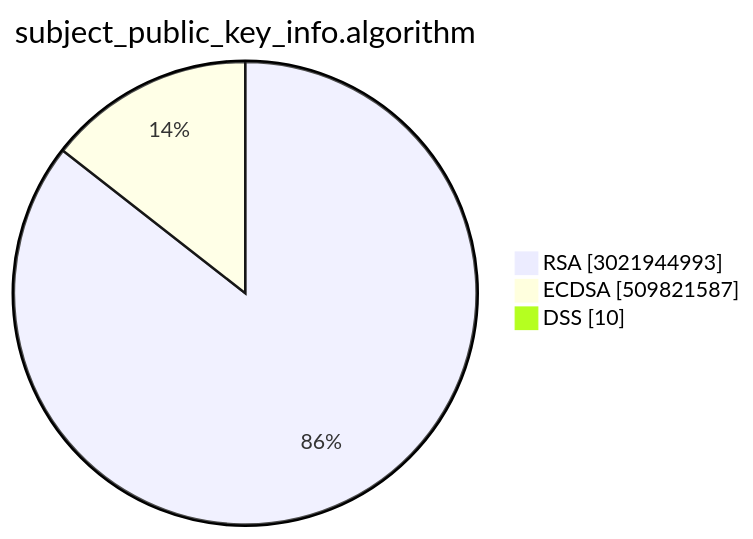
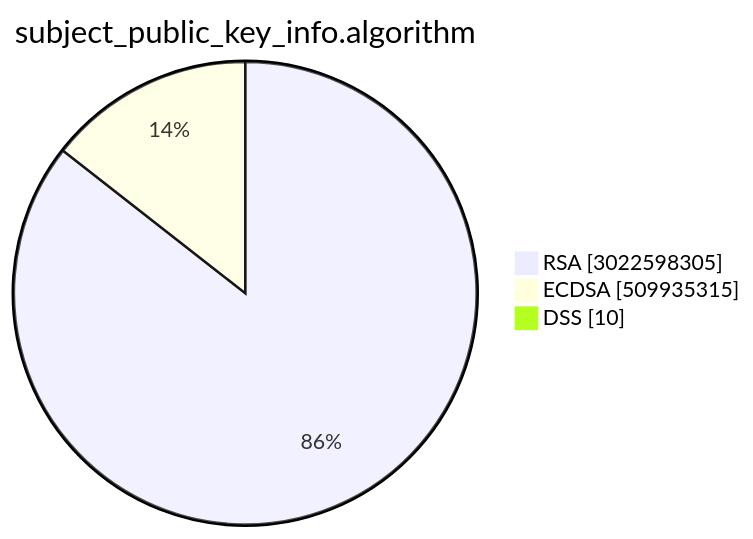
One commit to christiankrug/ctmonitor_visualization changed the second of 15 diagrams in TOTAL/README.md. Above: the diagram before and after it, drawn with Mermaid. The commit also changed other lines of this file, not shown here.

````diff
--- a/TOTAL/README.md
+++ b/TOTAL/README.md
@@ -6,7 +6,7 @@
 ```mermaid
 pie showData
 title subject_public_key_info.algorithm
-"RSA" :3021944993
-"ECDSA" :509821587
+"RSA" :3022598305
+"ECDSA" :509935315
 "DSS" :10
 ```
````
